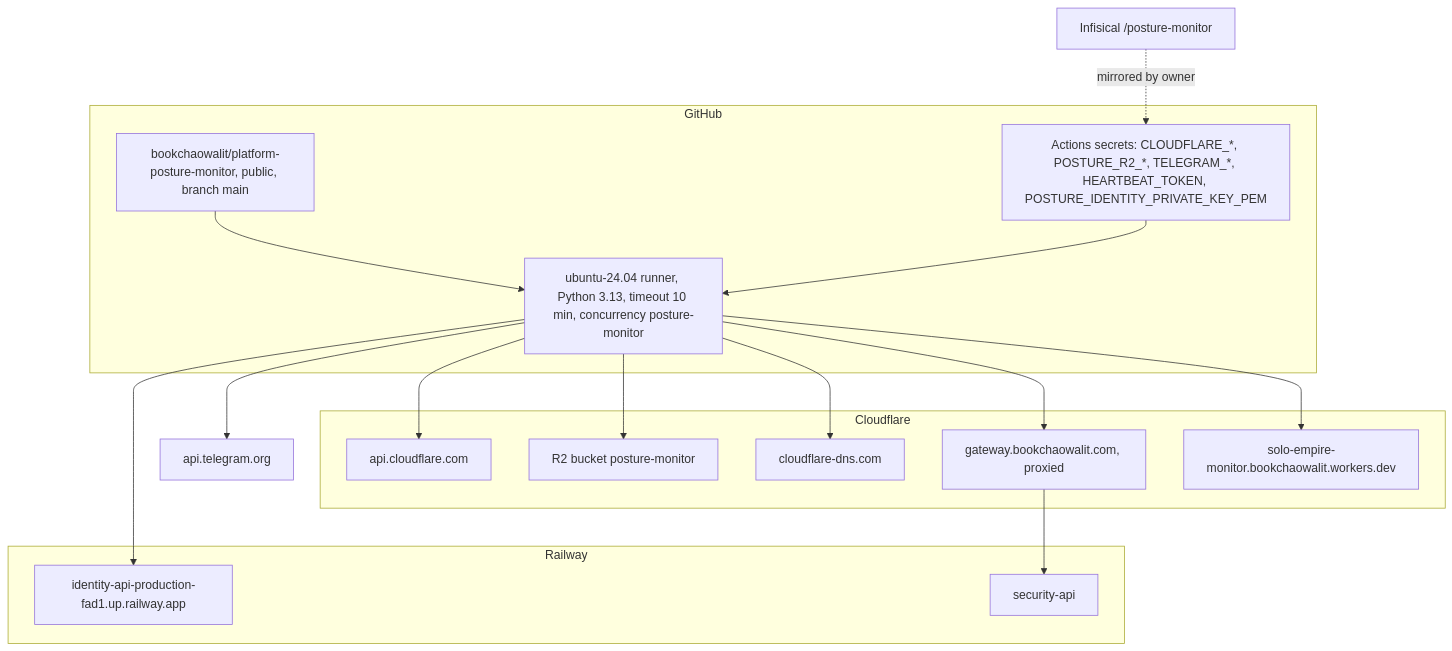
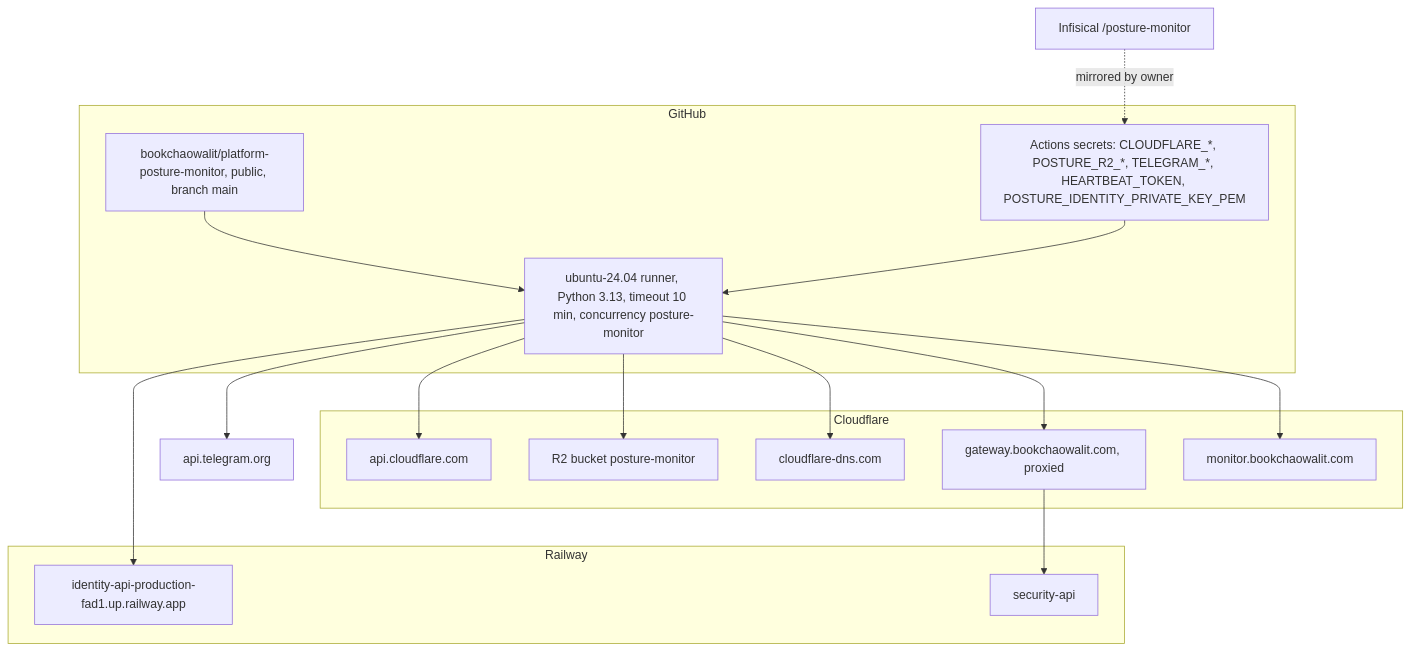
The diagram in docs/diagrams/16-deployment.md (bookchaowalit/platform-posture-monitor), drawn with Mermaid before and after one commit. The commit also changed 2 other files, not shown here.

Commit message:
chore(monitor): call the uptime monitor on monitor.bookchaowalit.com instead of workers.dev
The monitor Worker's workers.dev route is being turned off (network NET-10);
the custom domain serves the same Worker.

````diff
--- a/docs/diagrams/16-deployment.md
+++ b/docs/diagrams/16-deployment.md
@@ -5,29 +5,29 @@
 ```mermaid
 flowchart TB
   subgraph GH["GitHub"]
     REPO["bookchaowalit/platform-posture-monitor, public, branch main"]
     SECRETS["Actions secrets: CLOUDFLARE_*, POSTURE_R2_*, TELEGRAM_*, HEARTBEAT_TOKEN, POSTURE_IDENTITY_PRIVATE_KEY_PEM"]
     RUNNER["ubuntu-24.04 runner, Python 3.13, timeout 10 min, concurrency posture-monitor"]
   end
   INF["Infisical /posture-monitor"] -.->|"mirrored by owner"| SECRETS
   REPO --> RUNNER
   SECRETS --> RUNNER
   subgraph CFA["Cloudflare"]
     API["api.cloudflare.com"]
     R2["R2 bucket posture-monitor"]
     DOH["cloudflare-dns.com"]
     GWD["gateway.bookchaowalit.com, proxied"]
-    UPW["solo-empire-monitor.bookchaowalit.workers.dev"]
+    UPW["monitor.bookchaowalit.com"]
   end
   subgraph RW["Railway"]
     IDA["identity-api-production-fad1.up.railway.app"]
     SECA["security-api"]
   end
   RUNNER --> API
   RUNNER --> R2
   RUNNER --> DOH
   RUNNER --> GWD --> SECA
   RUNNER --> IDA
   RUNNER --> UPW
   RUNNER --> TGA["api.telegram.org"]
 ```
````
